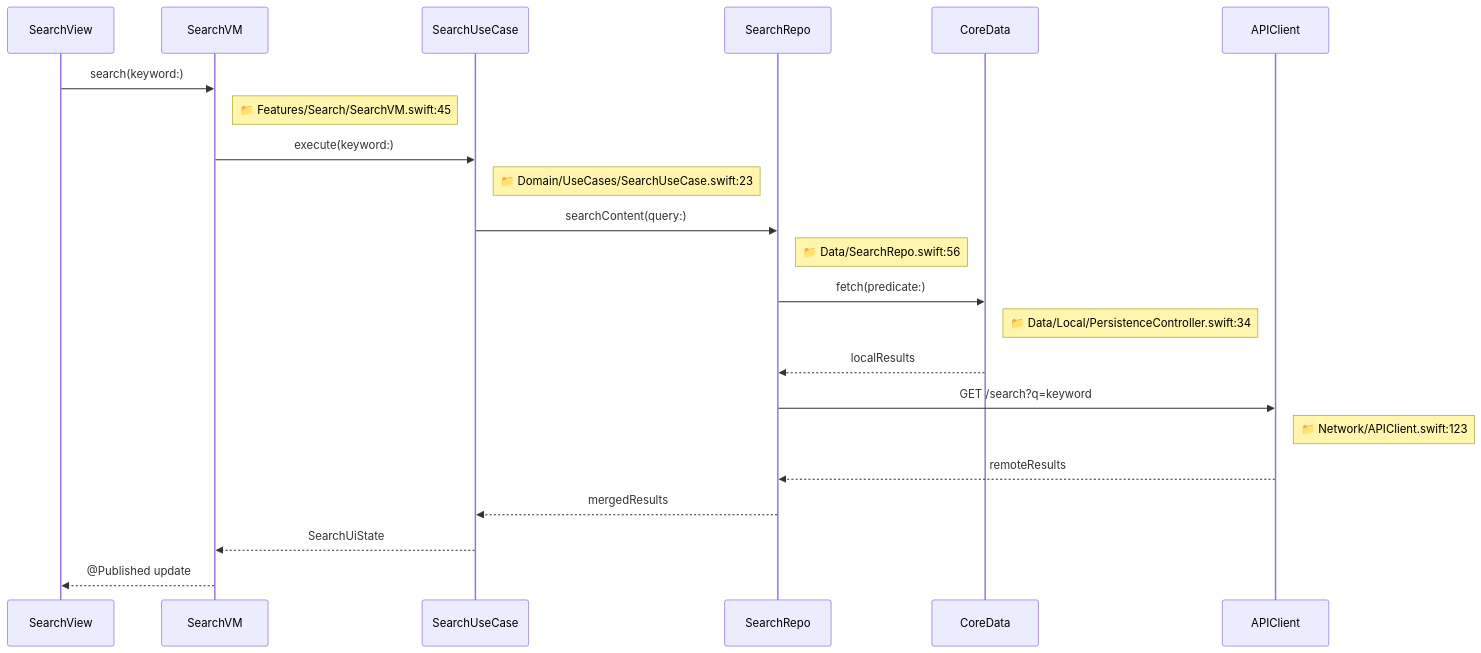
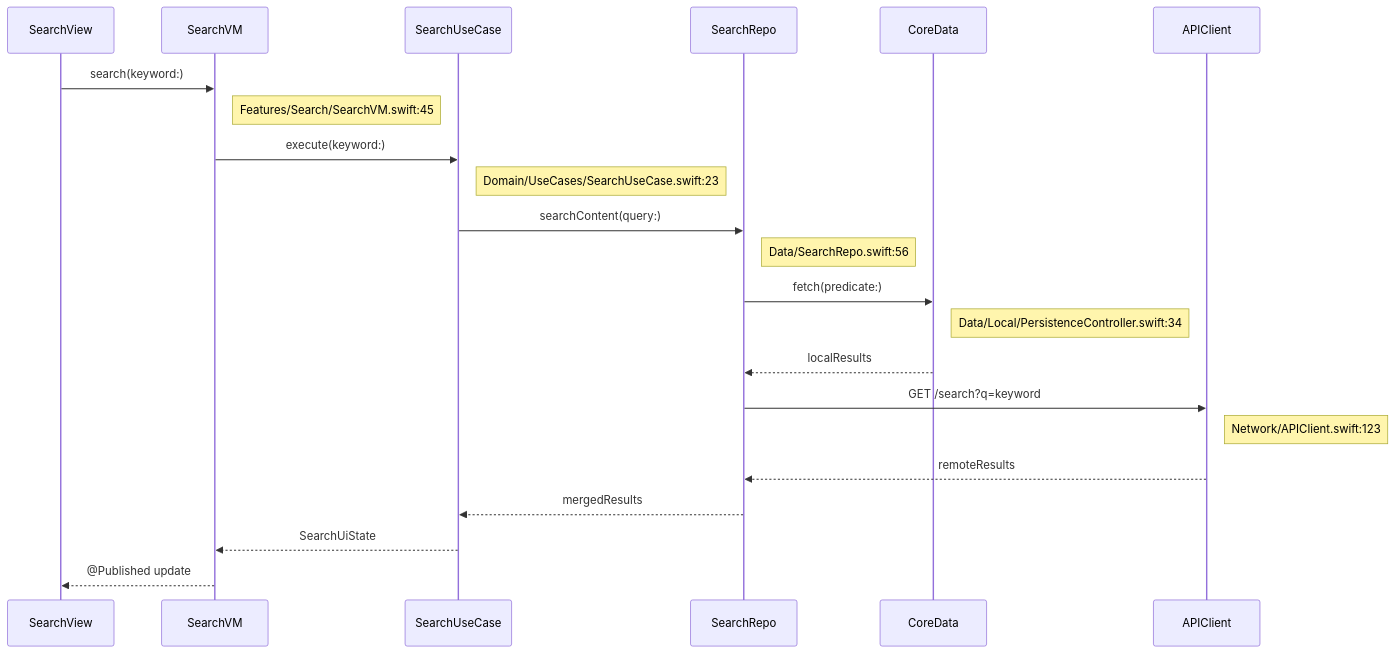
The fourth of 5 diagrams in references/ios-template.md (CaostGrace/project-arch-reverse), drawn with Mermaid before and after one commit. The commit also changed other lines of this file and 10 other files, not shown here.

Commit message:
fix: 修复 12.1 流程图 Mermaid 渲染问题 - 结构重组+节点引号+形状修复

````diff
--- a/references/ios-template.md
+++ b/references/ios-template.md
@@ -256,25 +271,25 @@
 ```mermaid
 sequenceDiagram
     participant UI as SearchView
     participant VM as SearchVM
     participant UC as SearchUseCase
     participant Repo as SearchRepo
     participant Local as CoreData
     participant Remote as APIClient
 
     UI->>VM: search(keyword:)
-    Note right of VM: 📁 Features/Search/SearchVM.swift:45
+    Note right of VM:  Features/Search/SearchVM.swift:45
     VM->>UC: execute(keyword:)
-    Note right of UC: 📁 Domain/UseCases/SearchUseCase.swift:23
+    Note right of UC:  Domain/UseCases/SearchUseCase.swift:23
     UC->>Repo: searchContent(query:)
-    Note right of Repo: 📁 Data/SearchRepo.swift:56
+    Note right of Repo:  Data/SearchRepo.swift:56
     Repo->>Local: fetch(predicate:)
-    Note right of Local: 📁 Data/Local/PersistenceController.swift:34
+    Note right of Local:  Data/Local/PersistenceController.swift:34
     Local-->>Repo: localResults
     Repo->>Remote: GET /search?q=keyword
-    Note right of Remote: 📁 Network/APIClient.swift:123
+    Note right of Remote:  Network/APIClient.swift:123
     Remote-->>Repo: remoteResults
     Repo-->>UC: mergedResults
     UC-->>VM: SearchUiState
     VM-->>UI: @Published update
 ```
````
